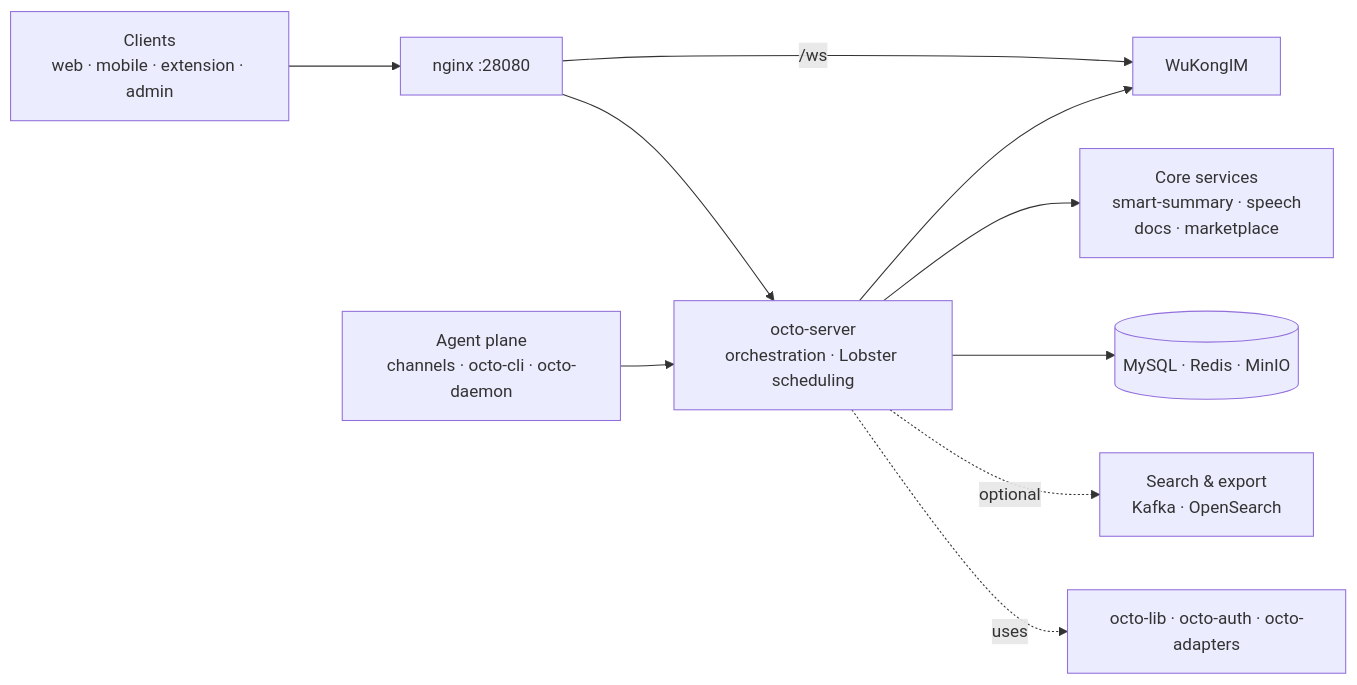
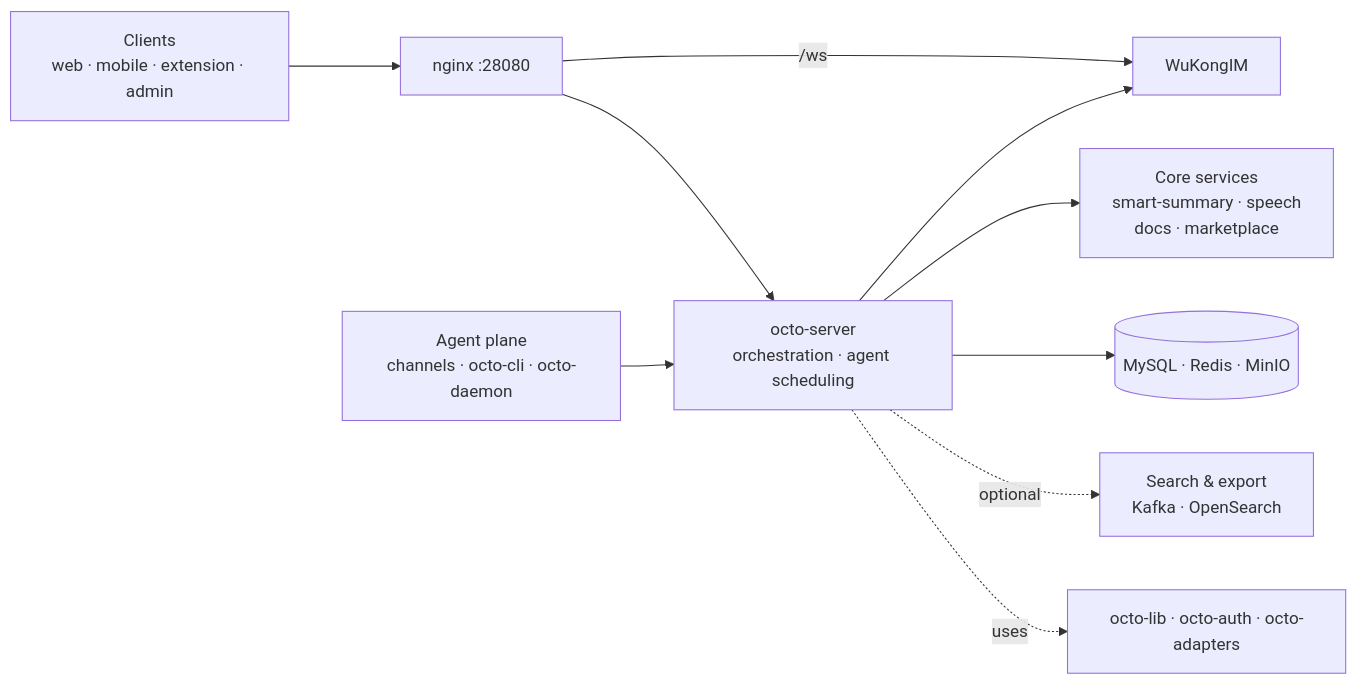
The diagram in get-started/architecture-at-a-glance.mdx (Mininglamp-OSS/octo-docs), drawn with Mermaid before and after one commit. The commit also changed other lines of this file and 38 other files, not shown here.

First line of the commit message:
docs: retire Lobster/Bot → Agent model (Phase 1: conceptual core) (#30)

````diff
--- a/get-started/architecture-at-a-glance.mdx
+++ b/get-started/architecture-at-a-glance.mdx
@@ -11,12 +11,12 @@
 ```mermaid
 graph LR
   clients["Clients<br/>web · mobile · extension · admin"] --> nginx["nginx :28080"]
-  nginx --> server["octo-server<br/>orchestration · Lobster scheduling"]
+  nginx --> server["octo-server<br/>orchestration · agent scheduling"]
   nginx -->|/ws| im["WuKongIM"]
   server --> im
   server --> svc["Core services<br/>smart-summary · speech<br/>docs · marketplace"]
   server --> data[("MySQL · Redis · MinIO")]
   agents["Agent plane<br/>channels · octo-cli · octo-daemon"] --> server
   server -. optional .-> search["Search & export<br/>Kafka · OpenSearch"]
   server -. uses .-> shared["octo-lib · octo-auth · octo-adapters"]
 ```
````
